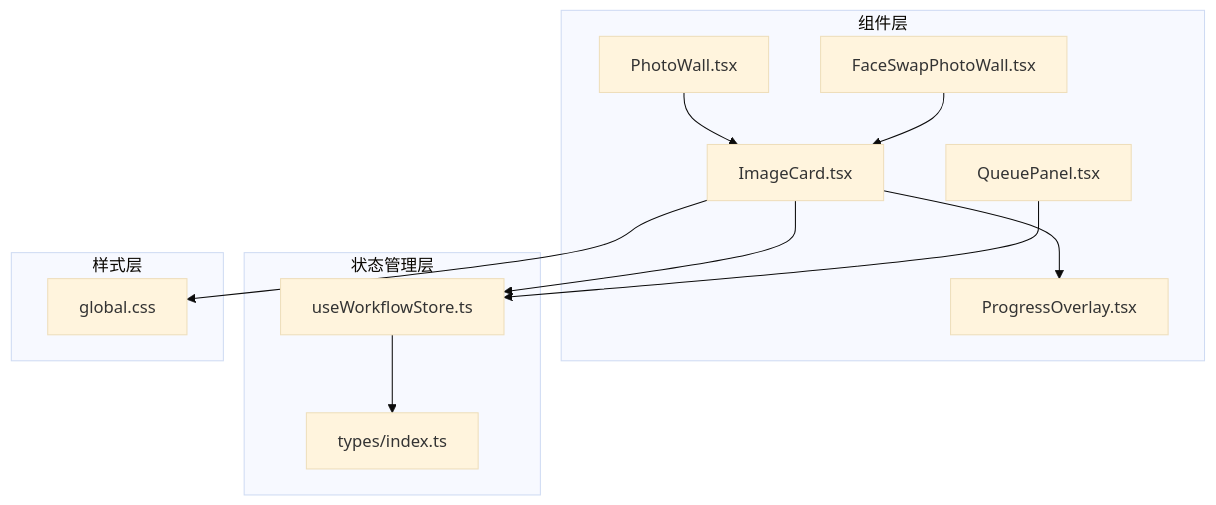
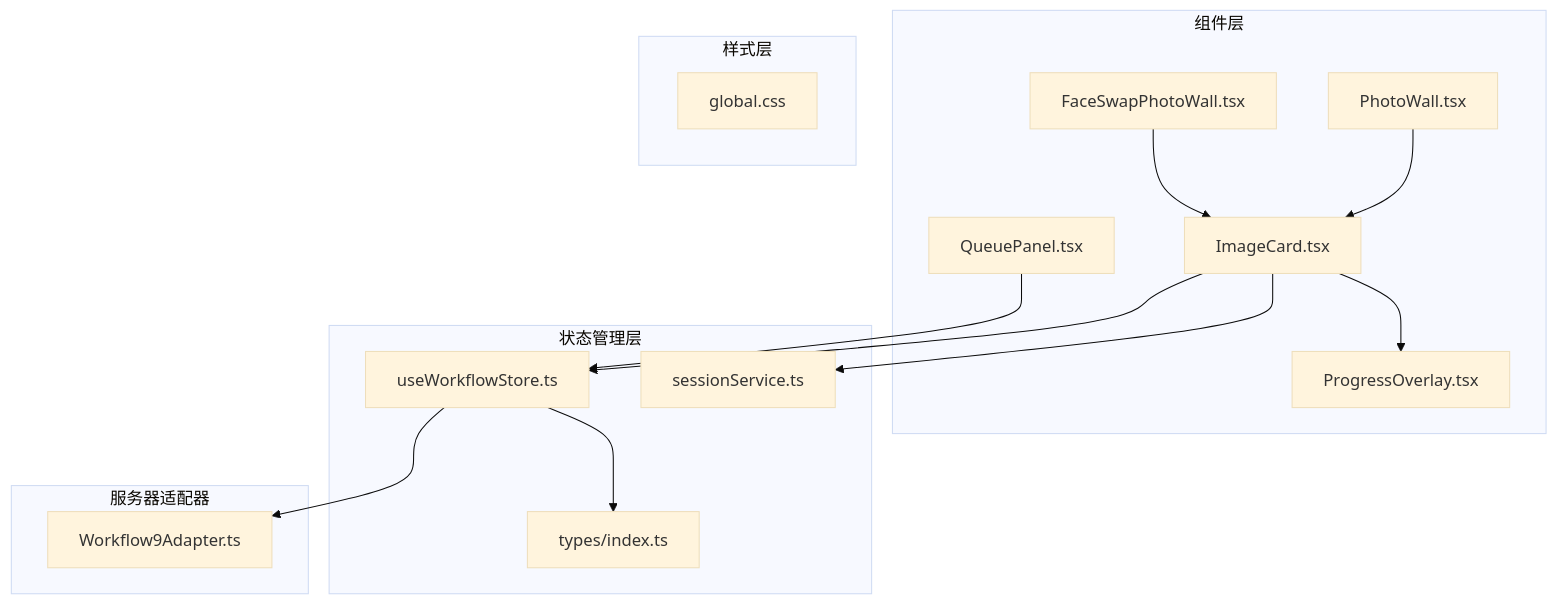
Before and after one commit to billye220670/CorineKit_Pix2Real: the first of 8 diagrams in .qoder/repowiki/zh/content/用户界面组件/核心界面组件/图片卡片组件 (ImageCard).md, drawn with Mermaid (base theme). The commit also changed other lines of this file and 49 other files, not shown here.

````diff
--- a/.qoder/repowiki/zh/content/用户界面组件/核心界面组件/图片卡片组件 (ImageCard).md
+++ b/.qoder/repowiki/zh/content/用户界面组件/核心界面组件/图片卡片组件 (ImageCard).md
@@ -43,24 +46,29 @@
 ```mermaid
 graph TB
 subgraph "组件层"
 IC[ImageCard.tsx]
 PW[PhotoWall.tsx]
 FSPW[FaceSwapPhotoWall.tsx]
 PO[ProgressOverlay.tsx]
 QP[QueuePanel.tsx]
 end
 subgraph "状态管理层"
 UWS[useWorkflowStore.ts]
 TS[types/index.ts]
+SS[sessionService.ts]
+end
+subgraph "服务器适配器"
+WA9[Workflow9Adapter.ts]
 end
 subgraph "样式层"
 GC[global.css]
 end
 PW --> IC
 FSPW --> IC
 IC --> UWS
 IC --> PO
-IC --> GC
+IC --> SS
 QP --> UWS
 UWS --> TS
+UWS --> WA9
 ```
````
